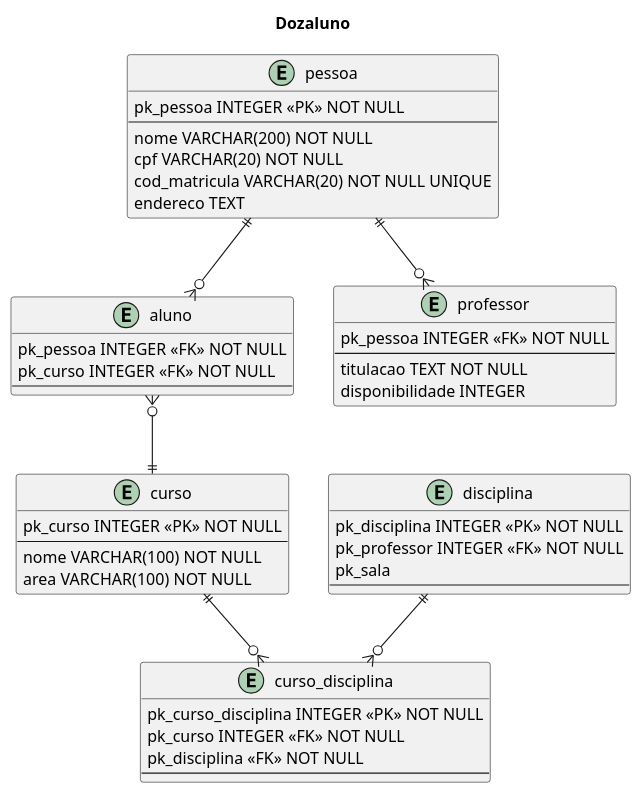
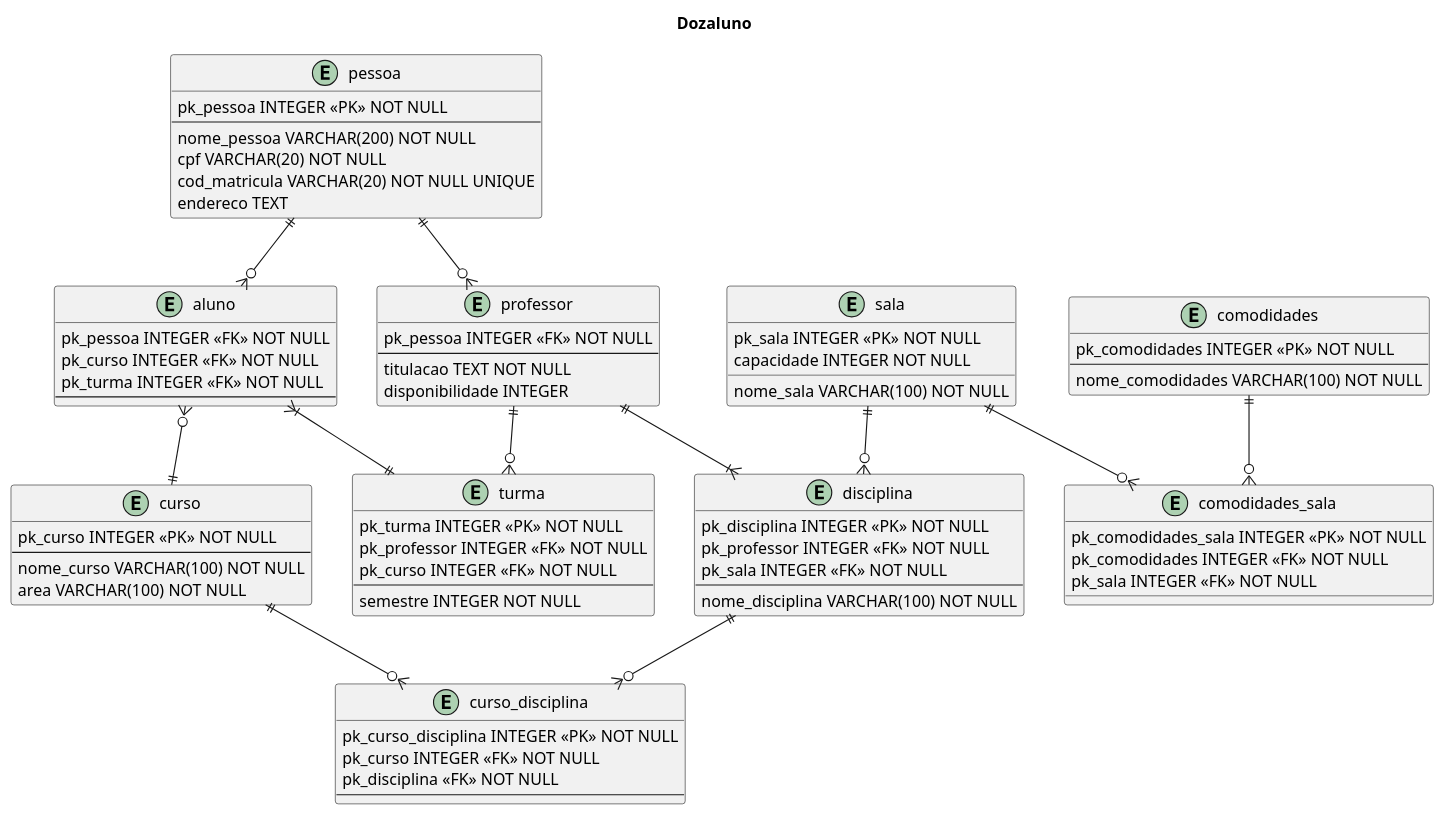
Before and after one commit to galaticghost/NovaGuieqKlarrind: the diagram in ferias_nestor/dozaluno/modelagemLogica.wsd, drawn with PlantUML. The commit also changed 5 other files, not shown here.

```diff
--- a/ferias_nestor/dozaluno/modelagemLogica.wsd
+++ b/ferias_nestor/dozaluno/modelagemLogica.wsd
@@ -1,56 +1,94 @@
 @startuml Dozaluno
 
 title Dozaluno
 
 entity pessoa{
     pk_pessoa INTEGER <<PK>> NOT NULL
     --
-    nome VARCHAR(200) NOT NULL
+    nome_pessoa VARCHAR(200) NOT NULL
     cpf VARCHAR(20) NOT NULL
     cod_matricula VARCHAR(20) NOT NULL UNIQUE
     endereco TEXT
 }
 
 entity aluno{
     pk_pessoa INTEGER <<FK>> NOT NULL
     pk_curso INTEGER <<FK>> NOT NULL
+    pk_turma INTEGER <<FK>> NOT NULL
     --
 }
 
 entity professor{
     pk_pessoa INTEGER <<FK>> NOT NULL
     --
     titulacao TEXT NOT NULL
     disponibilidade INTEGER
 }
 
 entity curso{
     pk_curso INTEGER <<PK>> NOT NULL
     --
-    nome VARCHAR(100) NOT NULL
+    nome_curso VARCHAR(100) NOT NULL
     area VARCHAR(100) NOT NULL
 }
 
 entity disciplina{
     pk_disciplina INTEGER <<PK>> NOT NULL
     pk_professor INTEGER <<FK>> NOT NULL
-    pk_sala
+    pk_sala INTEGER <<FK>> NOT NULL 
     --
+    nome_disciplina VARCHAR(100) NOT NULL
 }
 
 entity curso_disciplina{
     pk_curso_disciplina INTEGER <<PK>> NOT NULL
     pk_curso INTEGER <<FK>> NOT NULL
     pk_disciplina <<FK>> NOT NULL
     --
 }
 
+entity sala{
+    pk_sala INTEGER <<PK>> NOT NULL
+    nome_sala VARCHAR(100) NOT NULL
+    capacidade INTEGER NOT NULL
+}
+
+entity turma{
+    pk_turma INTEGER <<PK>> NOT NULL
+    pk_professor INTEGER <<FK>> NOT NULL
+    pk_curso INTEGER <<FK>> NOT NULL
+    --
+    semestre INTEGER NOT NULL
+}
+
+entity comodidades{
+    pk_comodidades INTEGER <<PK>> NOT NULL
+    --
+    nome_comodidades VARCHAR(100) NOT NULL
+}
+
+entity comodidades_sala{
+    pk_comodidades_sala INTEGER <<PK>> NOT NULL
+    pk_comodidades INTEGER <<FK>> NOT NULL
+    pk_sala INTEGER <<FK>> NOT NULL
+}
 
 
 pessoa ||--o{ aluno
 pessoa ||--o{ professor
 aluno }o--|| curso
 
 curso ||--o{ curso_disciplina
 disciplina ||--o{ curso_disciplina
+
+comodidades  ||--o{ comodidades_sala
+sala ||--o{ comodidades_sala
+
+sala ||--o{ disciplina
+
+professor ||--o{ turma
+professor ||--|{ disciplina
+
+aluno }|--|| turma
+
 @enduml 
```
